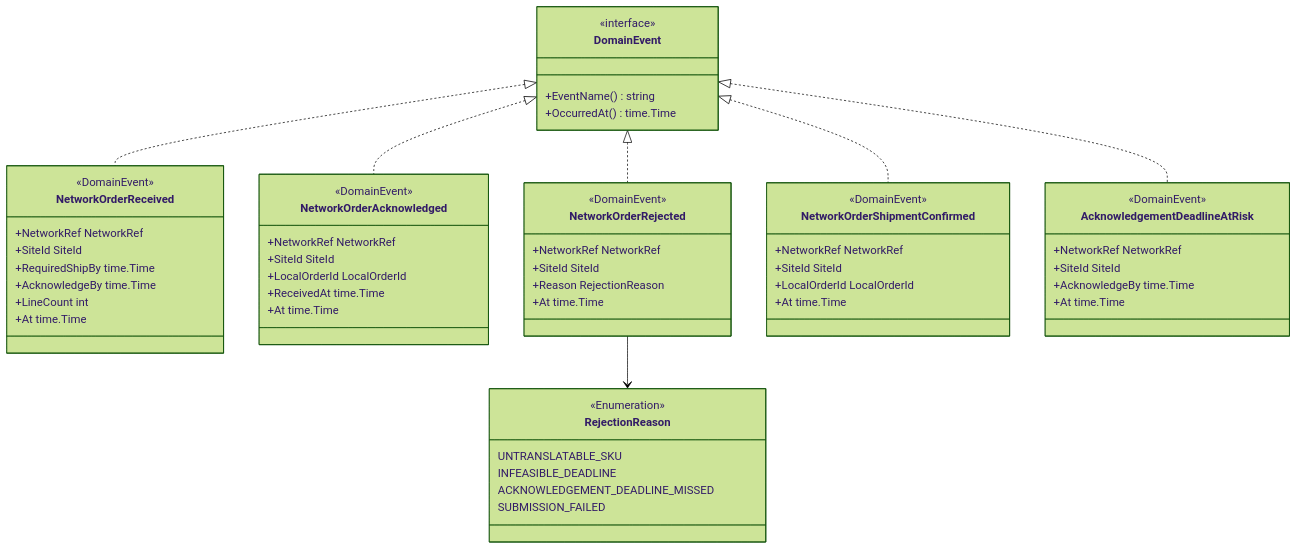
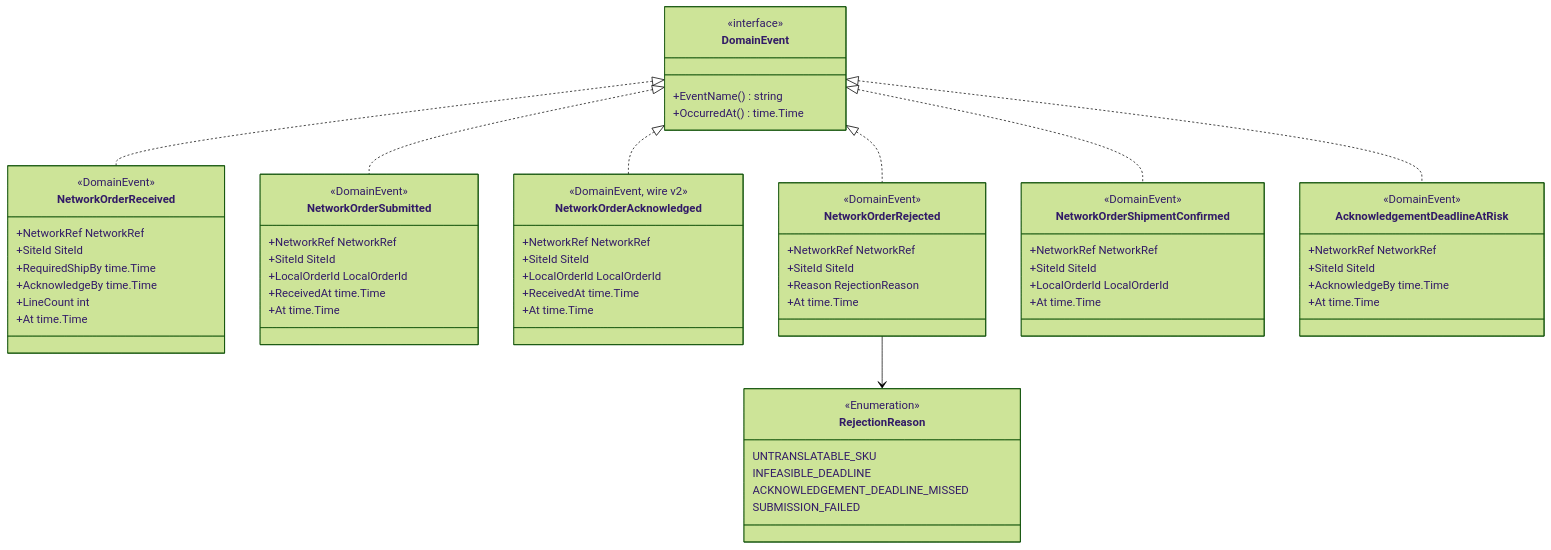
One commit to IQVO/warehouse-docs changed the third of 4 diagrams in docs/contexts/network-fulfillment/class-diagram.md. Above: the diagram before and after it, drawn with Mermaid (forest theme). The commit also changed 318 other files, not shown here.

````diff
--- a/docs/contexts/network-fulfillment/class-diagram.md
+++ b/docs/contexts/network-fulfillment/class-diagram.md
@@ -168,60 +168,69 @@
 ```mermaid
 classDiagram
     direction TB
     class DomainEvent {
         <<interface>>
         +EventName() string
         +OccurredAt() time.Time
     }
     class NetworkOrderReceived {
         <<DomainEvent>>
         +NetworkRef NetworkRef
         +SiteId SiteId
         +RequiredShipBy time.Time
         +AcknowledgeBy time.Time
         +LineCount int
         +At time.Time
     }
+    class NetworkOrderSubmitted {
+        <<DomainEvent>>
+        +NetworkRef NetworkRef
+        +SiteId SiteId
+        +LocalOrderId LocalOrderId
+        +ReceivedAt time.Time
+        +At time.Time
+    }
     class NetworkOrderAcknowledged {
-        <<DomainEvent>>
+        <<DomainEvent, wire v2>>
         +NetworkRef NetworkRef
         +SiteId SiteId
         +LocalOrderId LocalOrderId
         +ReceivedAt time.Time
         +At time.Time
     }
     class NetworkOrderRejected {
         <<DomainEvent>>
         +NetworkRef NetworkRef
         +SiteId SiteId
         +Reason RejectionReason
         +At time.Time
     }
     class NetworkOrderShipmentConfirmed {
         <<DomainEvent>>
         +NetworkRef NetworkRef
         +SiteId SiteId
         +LocalOrderId LocalOrderId
         +At time.Time
     }
     class AcknowledgementDeadlineAtRisk {
         <<DomainEvent>>
         +NetworkRef NetworkRef
         +SiteId SiteId
         +AcknowledgeBy time.Time
         +At time.Time
     }
     class RejectionReason {
         <<Enumeration>>
         UNTRANSLATABLE_SKU
         INFEASIBLE_DEADLINE
         ACKNOWLEDGEMENT_DEADLINE_MISSED
         SUBMISSION_FAILED
     }
     DomainEvent <|.. NetworkOrderReceived
+    DomainEvent <|.. NetworkOrderSubmitted
     DomainEvent <|.. NetworkOrderAcknowledged
     DomainEvent <|.. NetworkOrderRejected
     DomainEvent <|.. NetworkOrderShipmentConfirmed
     DomainEvent <|.. AcknowledgementDeadlineAtRisk
     NetworkOrderRejected --> RejectionReason
 ```
````
